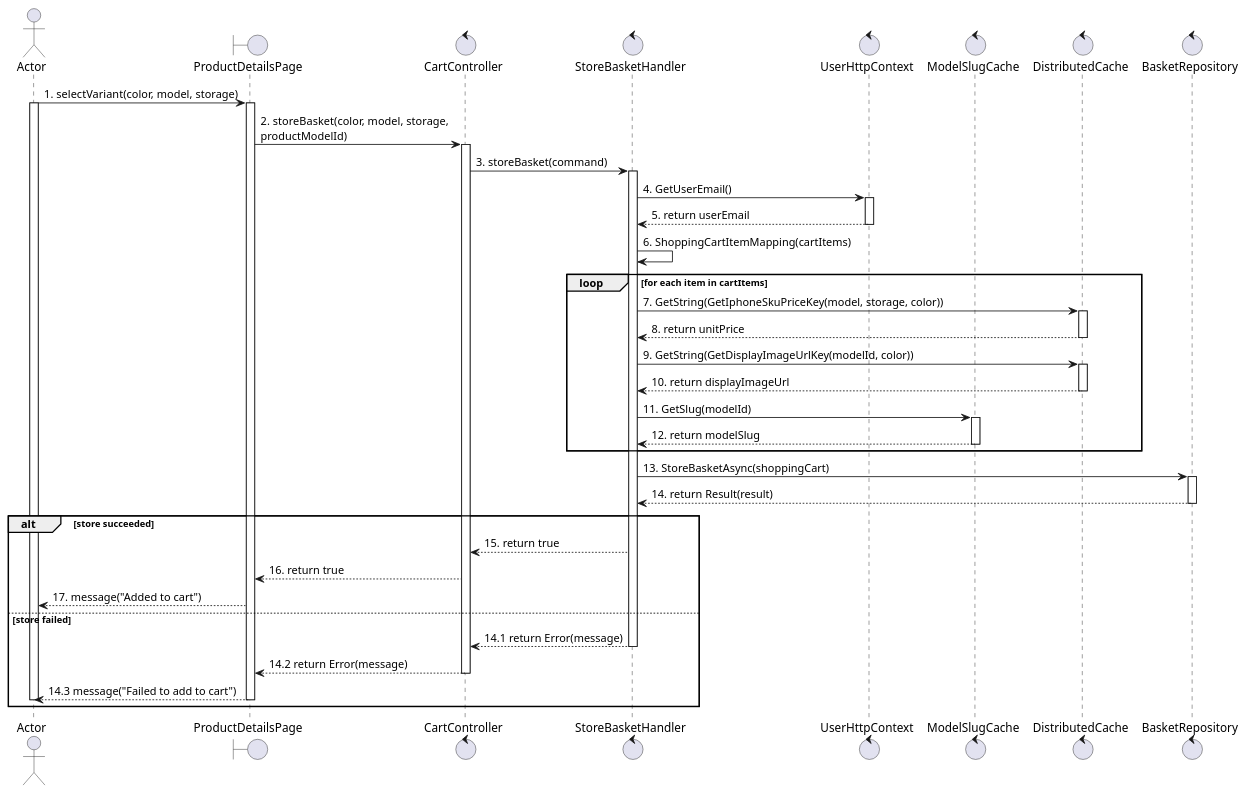
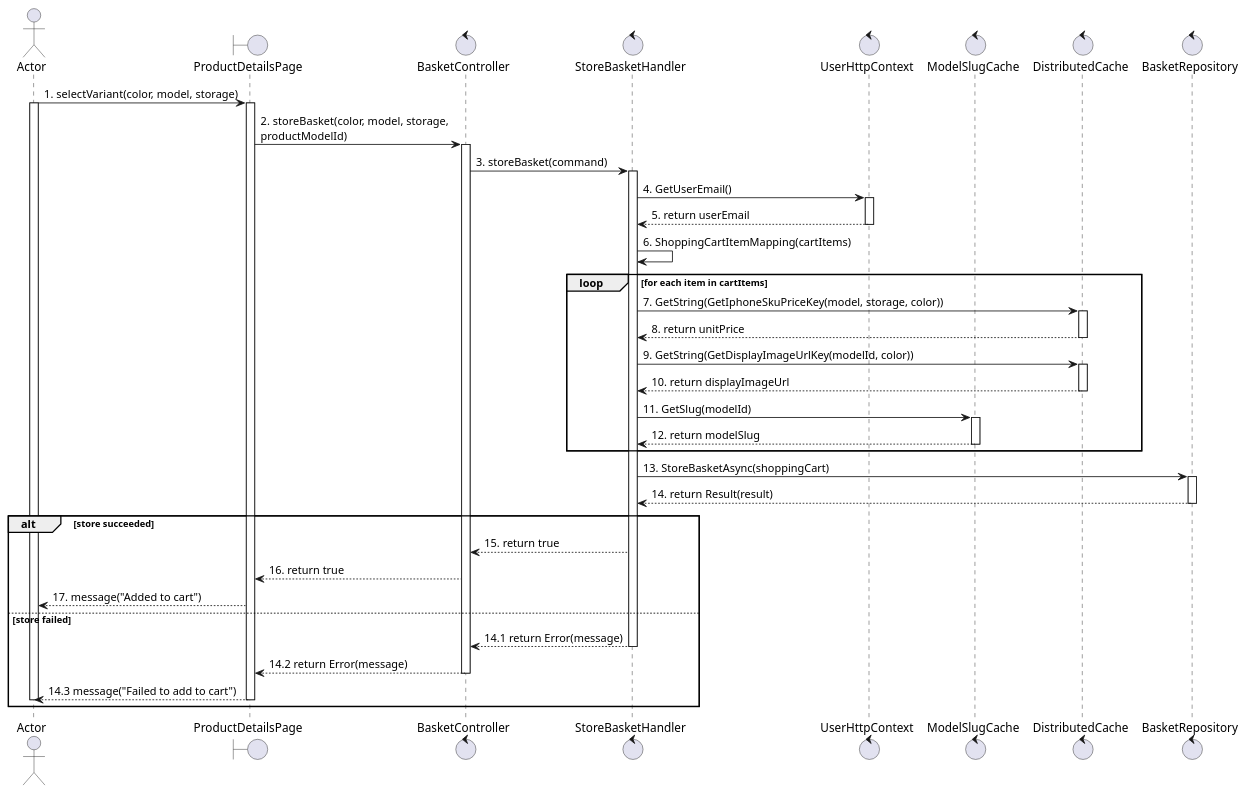
The diagram in docs/usecases/UC9_add-to-cart.plantuml (Young-Z-Generation-YZG/your-comfort-my-apple), drawn with PlantUML before and after one commit. The commit also changed 3 other files, not shown here.

```diff
--- a/docs/usecases/UC9_add-to-cart.plantuml
+++ b/docs/usecases/UC9_add-to-cart.plantuml
@@ -1,64 +1,64 @@
 @startuml UC9_add_to_cart
 actor Actor
 boundary ProductDetailsPage
-control CartController
+control BasketController
 control StoreBasketHandler
 control UserHttpContext
 control ModelSlugCache
 control DistributedCache
 control BasketRepository
 
 Actor -> ProductDetailsPage: 1. selectVariant(color, model, storage)
 activate Actor
 activate ProductDetailsPage
 
-ProductDetailsPage -> CartController: 2. storeBasket(color, model, storage, \nproductModelId)
-activate CartController
+ProductDetailsPage -> BasketController: 2. storeBasket(color, model, storage, \nproductModelId)
+activate BasketController
 
-CartController -> StoreBasketHandler: 3. storeBasket(command)
+BasketController -> StoreBasketHandler: 3. storeBasket(command)
 activate StoreBasketHandler
 
 StoreBasketHandler -> UserHttpContext: 4. GetUserEmail()
 activate UserHttpContext
 UserHttpContext --> StoreBasketHandler: 5. return userEmail
 deactivate UserHttpContext
 
 StoreBasketHandler -> StoreBasketHandler: 6. ShoppingCartItemMapping(cartItems)
 
 loop for each item in cartItems
     StoreBasketHandler -> DistributedCache: 7. GetString(GetIphoneSkuPriceKey(model, storage, color))
     activate DistributedCache
     DistributedCache --> StoreBasketHandler: 8. return unitPrice
     deactivate DistributedCache
 
     StoreBasketHandler -> DistributedCache: 9. GetString(GetDisplayImageUrlKey(modelId, color))
     activate DistributedCache
     DistributedCache --> StoreBasketHandler: 10. return displayImageUrl
     deactivate DistributedCache
 
     StoreBasketHandler -> ModelSlugCache: 11. GetSlug(modelId)
     activate ModelSlugCache
     ModelSlugCache --> StoreBasketHandler: 12. return modelSlug
     deactivate ModelSlugCache
 end
 
 StoreBasketHandler -> BasketRepository: 13. StoreBasketAsync(shoppingCart)
 activate BasketRepository
 BasketRepository --> StoreBasketHandler: 14. return Result(result)
 deactivate BasketRepository
 
 alt store succeeded
-    StoreBasketHandler --> CartController: 15. return true
-    CartController --> ProductDetailsPage: 16. return true
+    StoreBasketHandler --> BasketController: 15. return true
+    BasketController --> ProductDetailsPage: 16. return true
     ProductDetailsPage --> Actor: 17. message("Added to cart")
 else store failed
-    StoreBasketHandler --> CartController: 14.1 return Error(message)
+    StoreBasketHandler --> BasketController: 14.1 return Error(message)
     deactivate StoreBasketHandler
-    CartController --> ProductDetailsPage: 14.2 return Error(message)
-    deactivate CartController
+    BasketController --> ProductDetailsPage: 14.2 return Error(message)
+    deactivate BasketController
     ProductDetailsPage --> Actor: 14.3 message("Failed to add to cart")
     deactivate ProductDetailsPage
     deactivate Actor
 end
 
 @enduml
```
